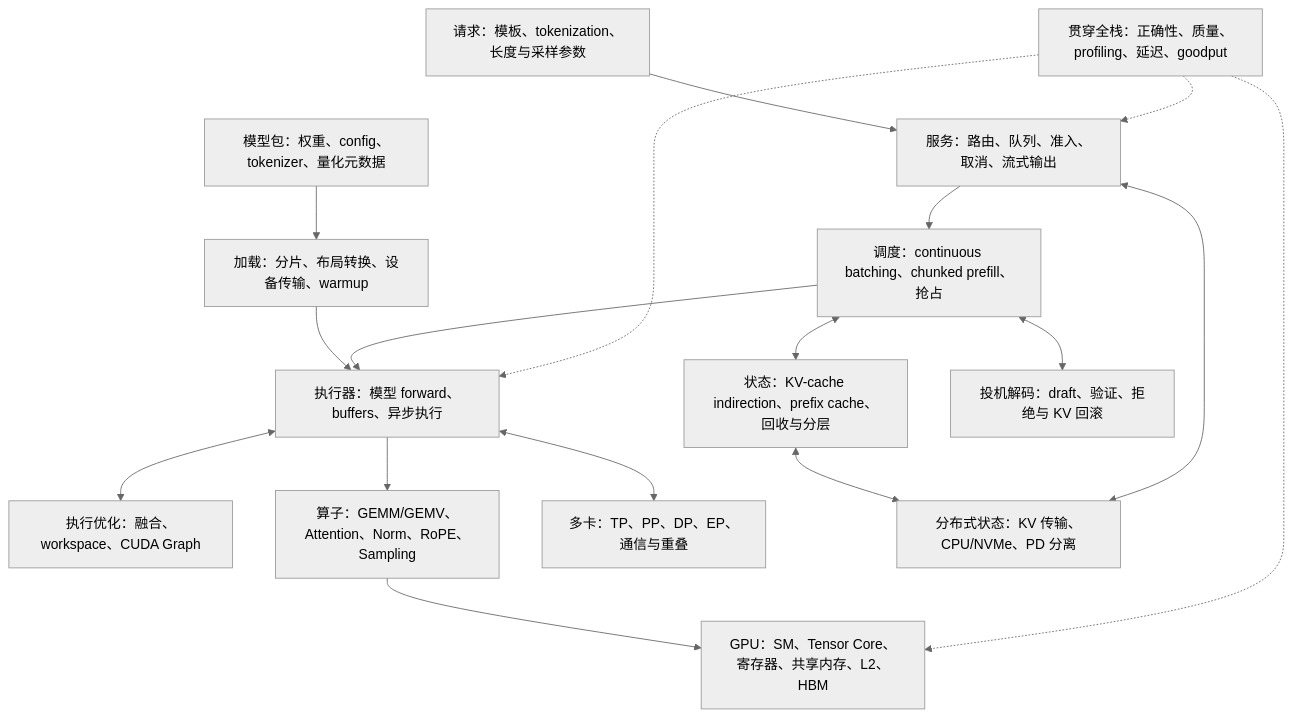
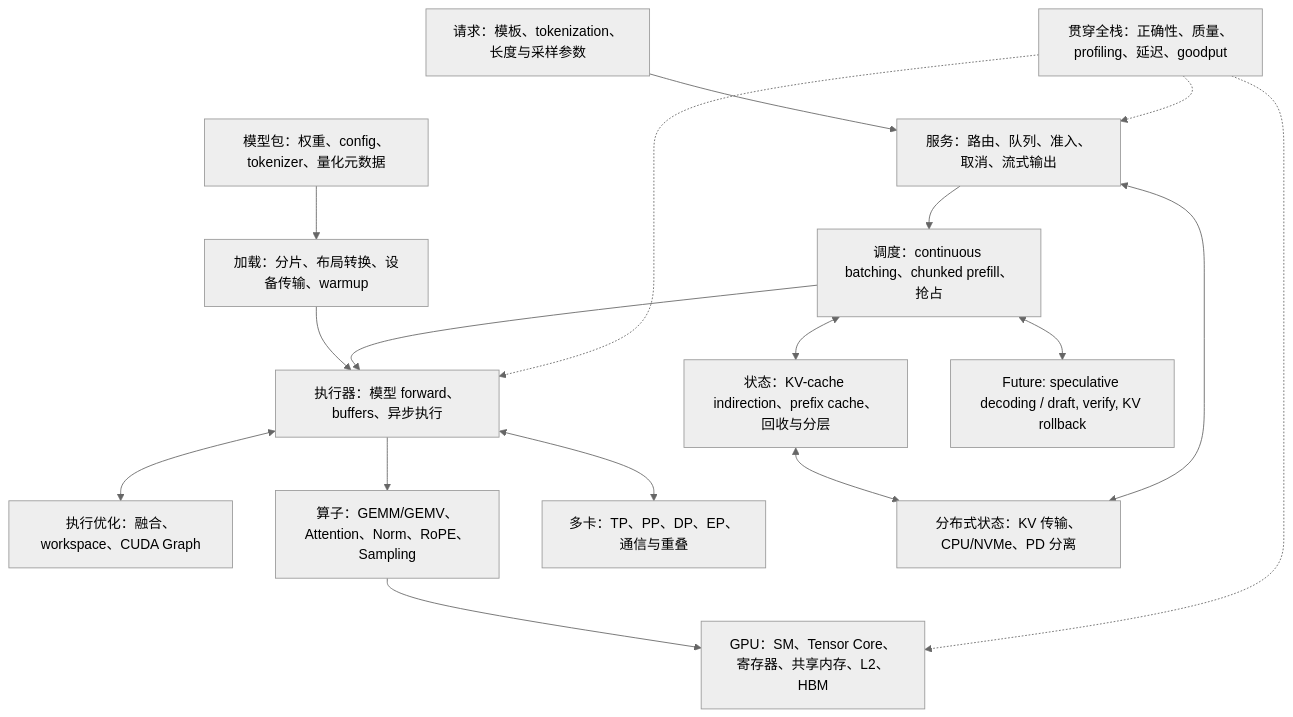
The diagram in roadmap.md (pochenai/llm-inference-lab), drawn with Mermaid (neutral theme) before and after one commit. The commit also changed other lines of this file and 4 other files, not shown here.

````diff
--- a/roadmap.md
+++ b/roadmap.md
@@ -233,19 +213,19 @@
 ```mermaid
 flowchart TD
     A[模型包：权重、config、tokenizer、量化元数据] --> B[加载：分片、布局转换、设备传输、warmup]
     C[请求：模板、tokenization、长度与采样参数] --> D[服务：路由、队列、准入、取消、流式输出]
     D --> E[调度：continuous batching、chunked prefill、抢占]
     E <--> F[状态：KV-cache indirection、prefix cache、回收与分层]
     B --> G[执行器：模型 forward、buffers、异步执行]
     E --> G
     G <--> H[执行优化：融合、workspace、CUDA Graph]
     G --> I[算子：GEMM/GEMV、Attention、Norm、RoPE、Sampling]
     I --> J[GPU：SM、Tensor Core、寄存器、共享内存、L2、HBM]
-    E <--> K[投机解码：draft、验证、拒绝与 KV 回滚]
+    E <--> K[Future: speculative decoding / draft, verify, KV rollback]
     G <--> L[多卡：TP、PP、DP、EP、通信与重叠]
     F <--> M[分布式状态：KV 传输、CPU/NVMe、PD 分离]
     D <--> M
     N[贯穿全栈：正确性、质量、profiling、延迟、goodput] -.-> D
     N -.-> G
     N -.-> J
 ```
````
